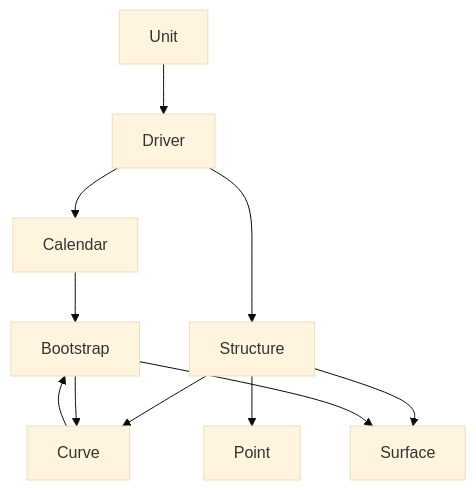
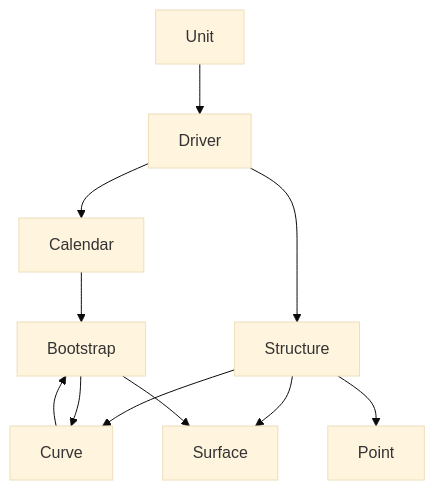
Before and after one commit to tristanvandevelde/finstruct: the diagram in README.md, drawn with Mermaid (base theme). The commit also changed other lines of this file, not shown here.

````diff
--- a/README.md
+++ b/README.md
@@ -32,13 +32,13 @@
 ```mermaid
 graph TD;
     Unit-->Driver;
     Driver-->Calendar;
     Driver-->Structure;
-    Structure-->Point;
     Structure-->Curve;
     Structure-->Surface;
+    Structure-->Point;
     Calendar-->Bootstrap;
     Bootstrap-->Curve;
     Curve-->Bootstrap;
     Bootstrap-->Surface;
 ```
````
